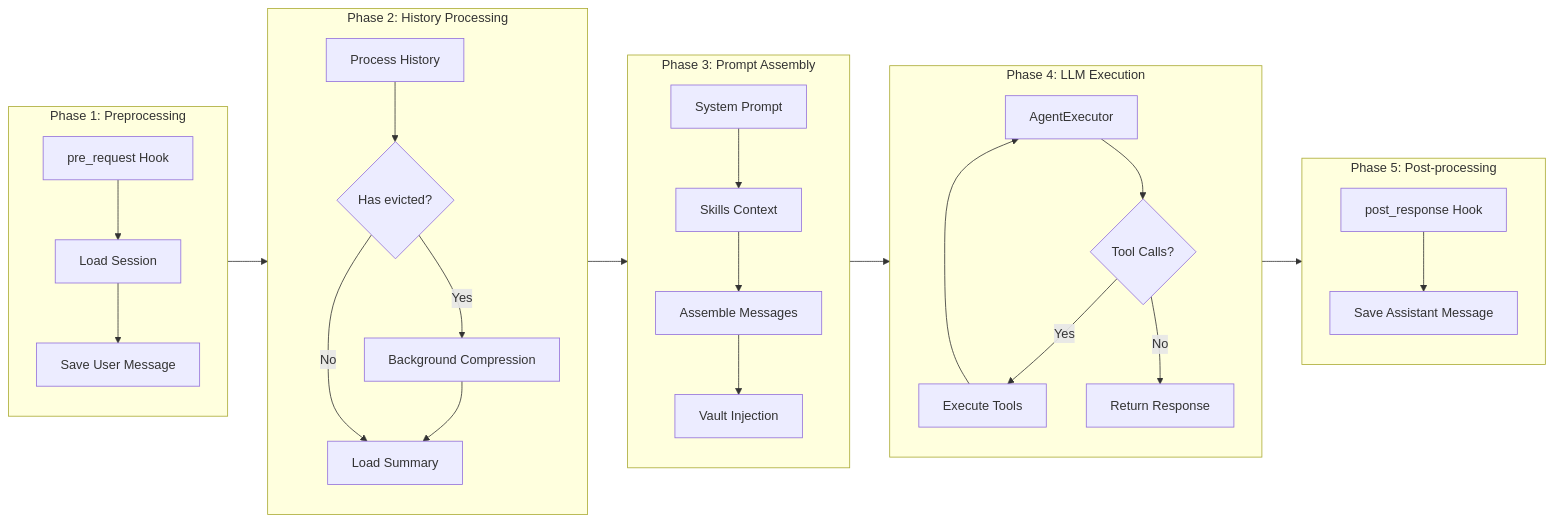
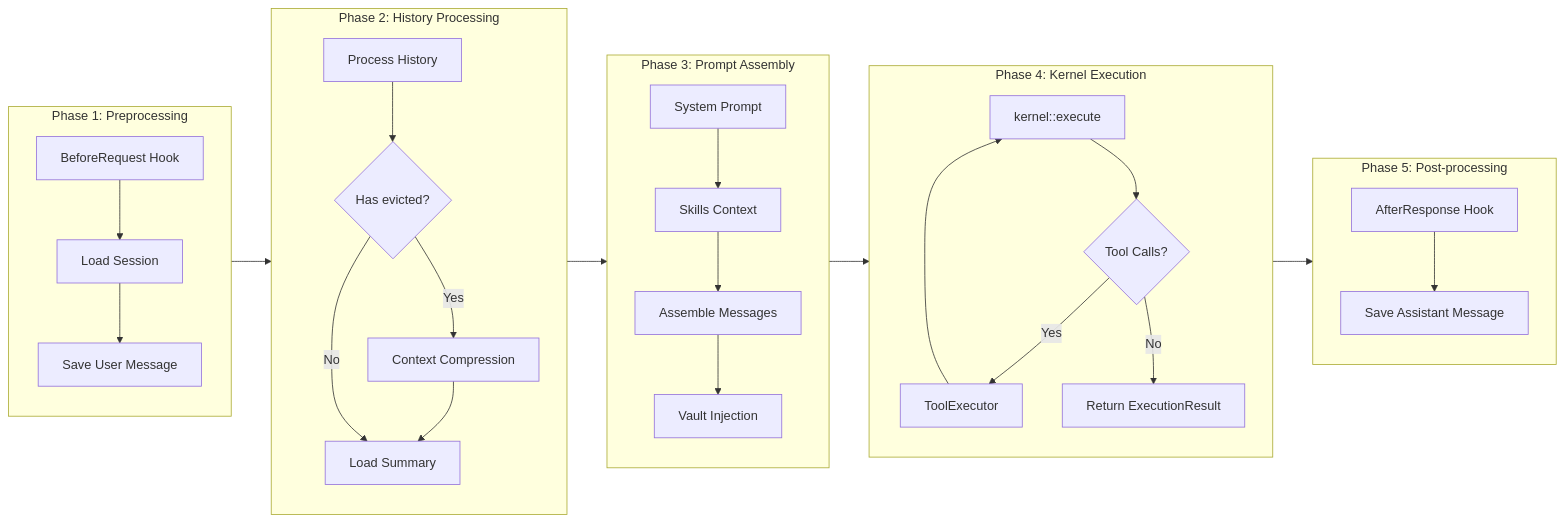
The second of 4 diagrams in docs/agent_flow-en.md (yeheng/nanobot-rs), drawn with Mermaid before and after one commit. The commit also changed other lines of this file and 12 other files, not shown here.

First line of the commit message:
feat(docs): 重构架构文档以反映 AgentSession 与 Kernel 分离设计

````diff
--- a/docs/agent_flow-en.md
+++ b/docs/agent_flow-en.md
@@ -67,33 +66,33 @@
 ```mermaid
 flowchart LR
     subgraph Phase1["Phase 1: Preprocessing"]
-        A[pre_request Hook] --> B[Load Session]
+        A[BeforeRequest Hook] --> B[Load Session]
         B --> C[Save User Message]
     end
 
     subgraph Phase2["Phase 2: History Processing"]
         D[Process History] --> E{Has evicted?}
-        E -->|Yes| F[Background Compression]
+        E -->|Yes| F[Context Compression]
         E -->|No| G[Load Summary]
         F --> G
     end
 
     subgraph Phase3["Phase 3: Prompt Assembly"]
         H[System Prompt] --> I[Skills Context]
         I --> J[Assemble Messages]
         J --> K[Vault Injection]
     end
 
-    subgraph Phase4["Phase 4: LLM Execution"]
-        L[AgentExecutor] --> M{Tool Calls?}
-        M -->|Yes| N[Execute Tools]
+    subgraph Phase4["Phase 4: Kernel Execution"]
+        L[kernel::execute] --> M{Tool Calls?}
+        M -->|Yes| N[ToolExecutor]
         N --> L
-        M -->|No| O[Return Response]
+        M -->|No| O[Return ExecutionResult]
     end
 
     subgraph Phase5["Phase 5: Post-processing"]
-        P[post_response Hook] --> Q[Save Assistant Message]
+        P[AfterResponse Hook] --> Q[Save Assistant Message]
     end
 
     Phase1 --> Phase2 --> Phase3 --> Phase4 --> Phase5
 ```
````
